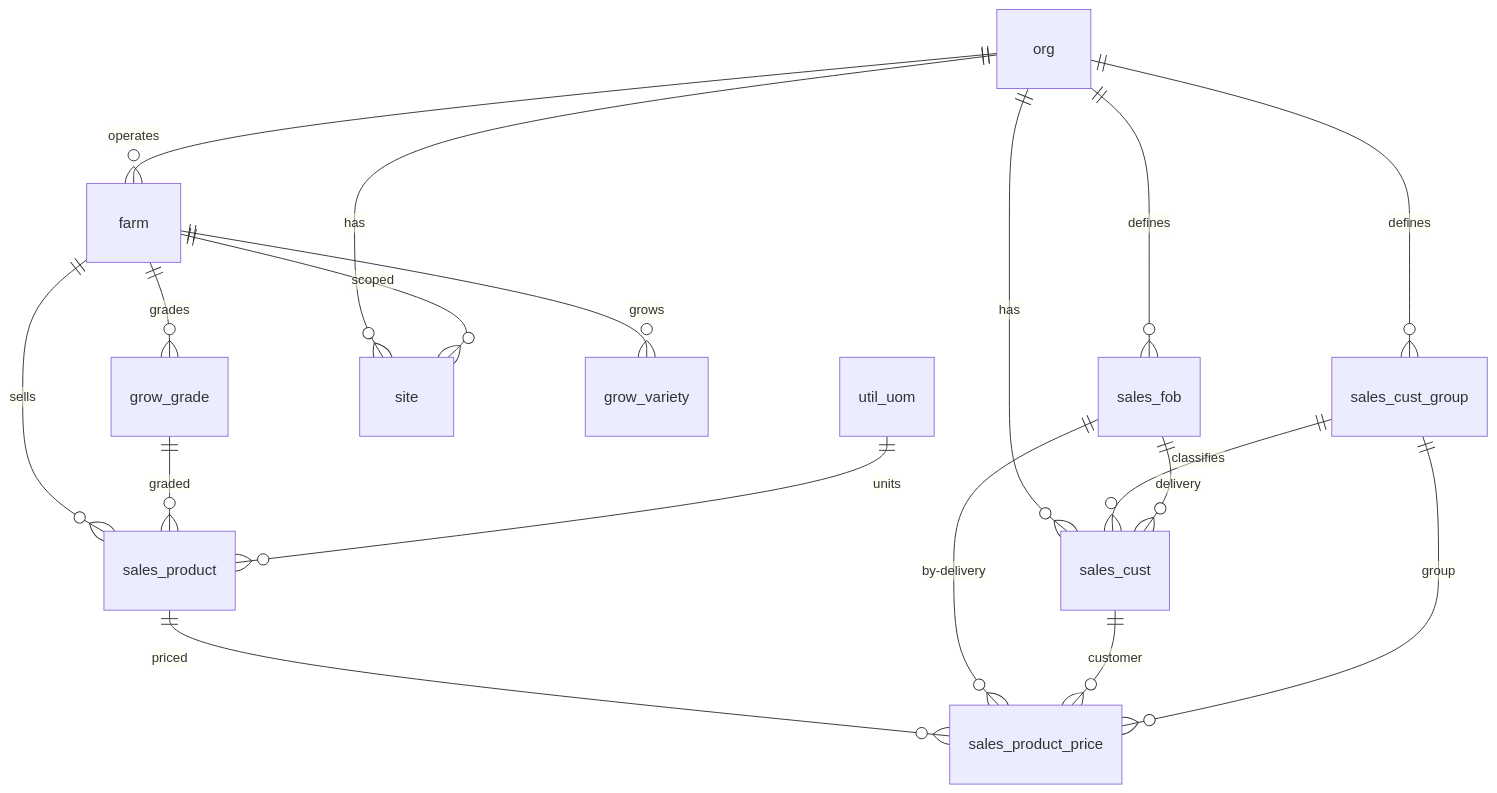
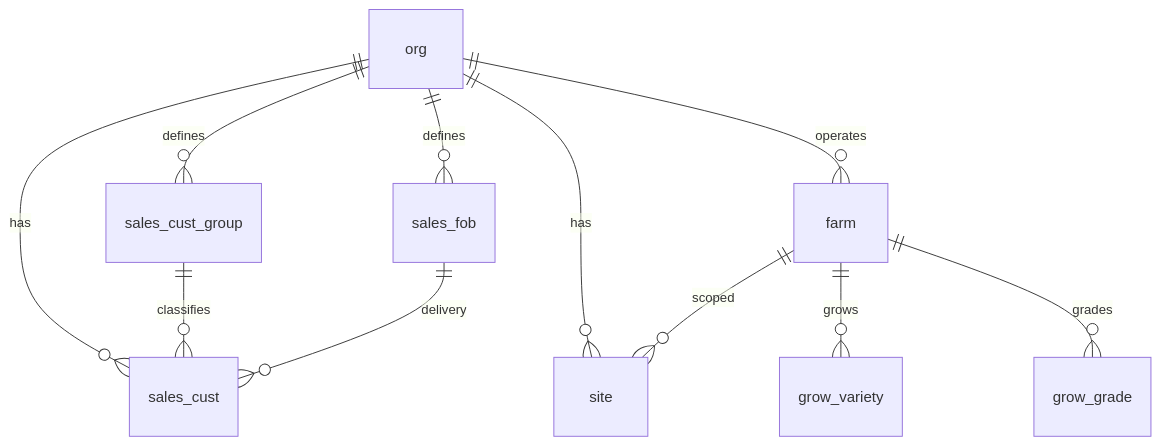
Before and after one commit to Hawaii-Farming/aloha-app: the diagram in docs/schemas/20260319_01_core.md, drawn with Mermaid. The commit also changed other lines of this file and 28 other files, not shown here.

First line of the commit message:
Move sales_product and sales_product_price from Core to Sales module, reorder Sales before Pack

````diff
--- a/docs/schemas/20260319_01_core.md
+++ b/docs/schemas/20260319_01_core.md
@@ -9,20 +9,13 @@
 ```mermaid
 erDiagram
     org ||--o{ sales_cust_group : defines
     org ||--o{ sales_fob : defines
     org ||--o{ sales_cust : has
     sales_cust_group ||--o{ sales_cust : classifies
     sales_fob ||--o{ sales_cust : delivery
     org ||--o{ farm : operates
     org ||--o{ site : has
     farm ||--o{ site : scoped
     farm ||--o{ grow_variety : grows
     farm ||--o{ grow_grade : grades
-    farm ||--o{ sales_product : sells
-    grow_grade ||--o{ sales_product : graded
-    util_uom ||--o{ sales_product : units
-    sales_product ||--o{ sales_product_price : priced
-    sales_fob ||--o{ sales_product_price : by-delivery
-    sales_cust ||--o{ sales_product_price : customer
-    sales_cust_group ||--o{ sales_product_price : group
 ```
````
